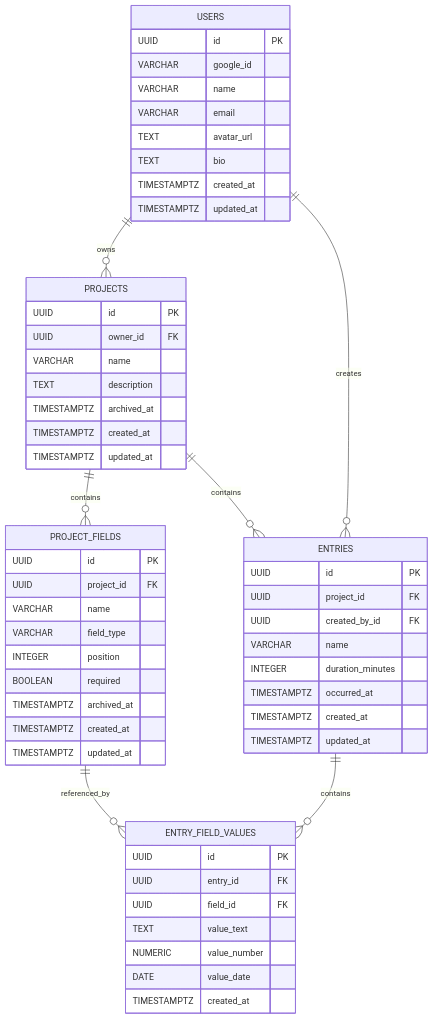
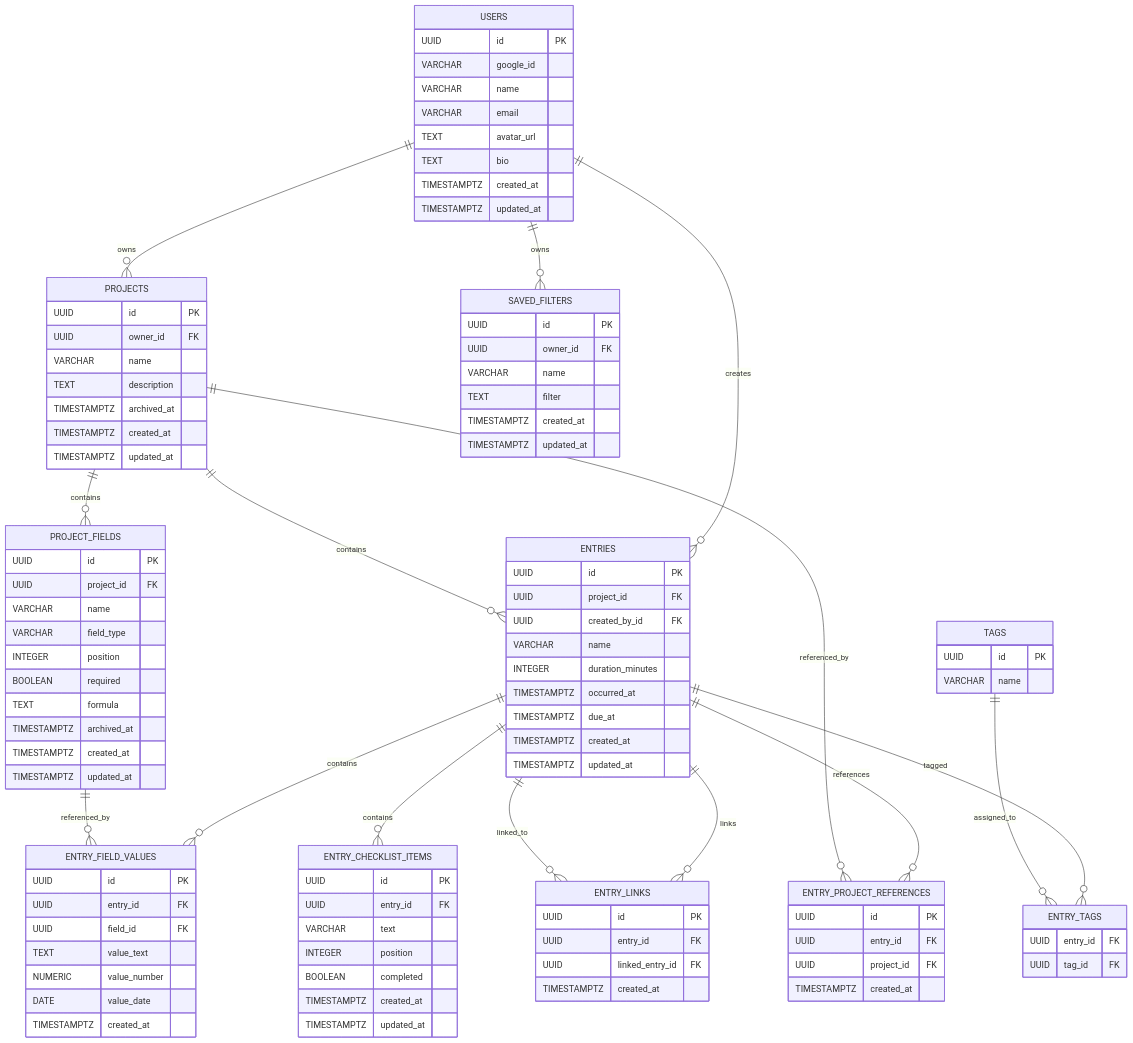
Before and after one commit to bethuelsteven159-rgb/digital-logbook-deploy: the diagram in docs/DATABASE.md, drawn with Mermaid. The commit also changed other lines of this file, not shown here.

````diff
--- a/docs/DATABASE.md
+++ b/docs/DATABASE.md
@@ -9,11 +9,19 @@
 ```mermaid
 erDiagram
     USERS ||--o{ PROJECTS : owns
+    USERS ||--o{ ENTRIES : creates
     PROJECTS ||--o{ PROJECT_FIELDS : contains
     PROJECTS ||--o{ ENTRIES : contains
     ENTRIES ||--o{ ENTRY_FIELD_VALUES : contains
     PROJECT_FIELDS ||--o{ ENTRY_FIELD_VALUES : referenced_by
-    USERS ||--o{ ENTRIES : creates
+    ENTRIES ||--o{ ENTRY_CHECKLIST_ITEMS : contains
+    ENTRIES ||--o{ ENTRY_PROJECT_REFERENCES : references
+    PROJECTS ||--o{ ENTRY_PROJECT_REFERENCES : referenced_by
+    ENTRIES ||--o{ ENTRY_LINKS : links
+    ENTRIES ||--o{ ENTRY_LINKS : linked_to
+    ENTRIES ||--o{ ENTRY_TAGS : tagged
+    TAGS ||--o{ ENTRY_TAGS : assigned_to
+    USERS ||--o{ SAVED_FILTERS : owns
 
     USERS {
         UUID id PK
@@ -43,6 +51,7 @@
         VARCHAR field_type
         INTEGER position
         BOOLEAN required
+        TEXT formula
         TIMESTAMPTZ archived_at
         TIMESTAMPTZ created_at
         TIMESTAMPTZ updated_at
@@ -55,6 +64,7 @@
         VARCHAR name
         INTEGER duration_minutes
         TIMESTAMPTZ occurred_at
+        TIMESTAMPTZ due_at
         TIMESTAMPTZ created_at
         TIMESTAMPTZ updated_at
     }
@@ -68,4 +78,47 @@
         DATE value_date
         TIMESTAMPTZ created_at
     }
+
+    ENTRY_CHECKLIST_ITEMS {
+        UUID id PK
+        UUID entry_id FK
+        VARCHAR text
+        INTEGER position
+        BOOLEAN completed
+        TIMESTAMPTZ created_at
+        TIMESTAMPTZ updated_at
+    }
+
+    ENTRY_PROJECT_REFERENCES {
+        UUID id PK
+        UUID entry_id FK
+        UUID project_id FK
+        TIMESTAMPTZ created_at
+    }
+
+    ENTRY_LINKS {
+        UUID id PK
+        UUID entry_id FK
+        UUID linked_entry_id FK
+        TIMESTAMPTZ created_at
+    }
+
+    TAGS {
+        UUID id PK
+        VARCHAR name
+    }
+
+    ENTRY_TAGS {
+        UUID entry_id FK
+        UUID tag_id FK
+    }
+
+    SAVED_FILTERS {
+        UUID id PK
+        UUID owner_id FK
+        VARCHAR name
+        TEXT filter
+        TIMESTAMPTZ created_at
+        TIMESTAMPTZ updated_at
+    }
 ```
````
